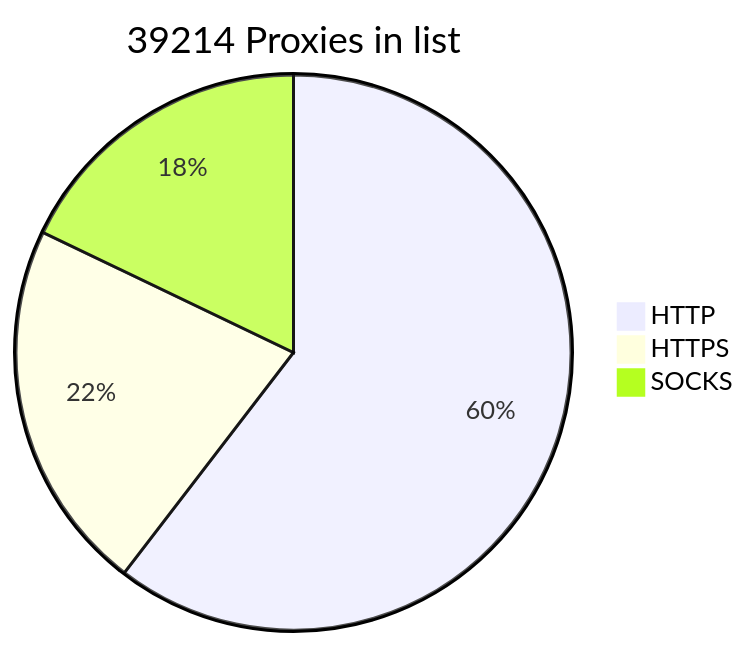
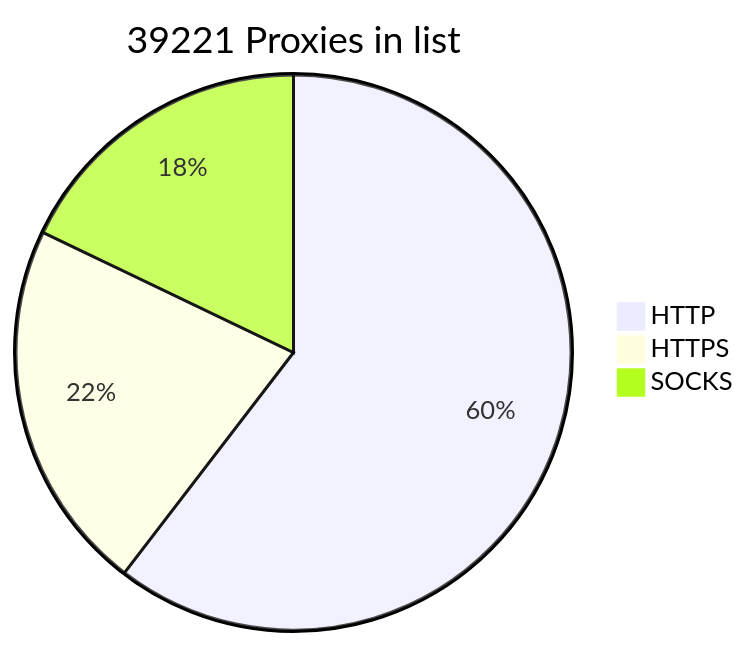
The diagram in README.md (BlackSnowDot/proxylist-update-every-minute), drawn with Mermaid before and after one commit. The commit also changed other lines of this file, not shown here.

````diff
--- a/README.md
+++ b/README.md
@@ -2,6 +2,6 @@
 ```mermaid
-pie title 39214 Proxies in list
-    "HTTP" : 27733
-    "HTTPS": 9953
+pie title 39221 Proxies in list
+    "HTTP" : 27735
+    "HTTPS": 9958
     "SOCKS" : 8211
 ```
````
